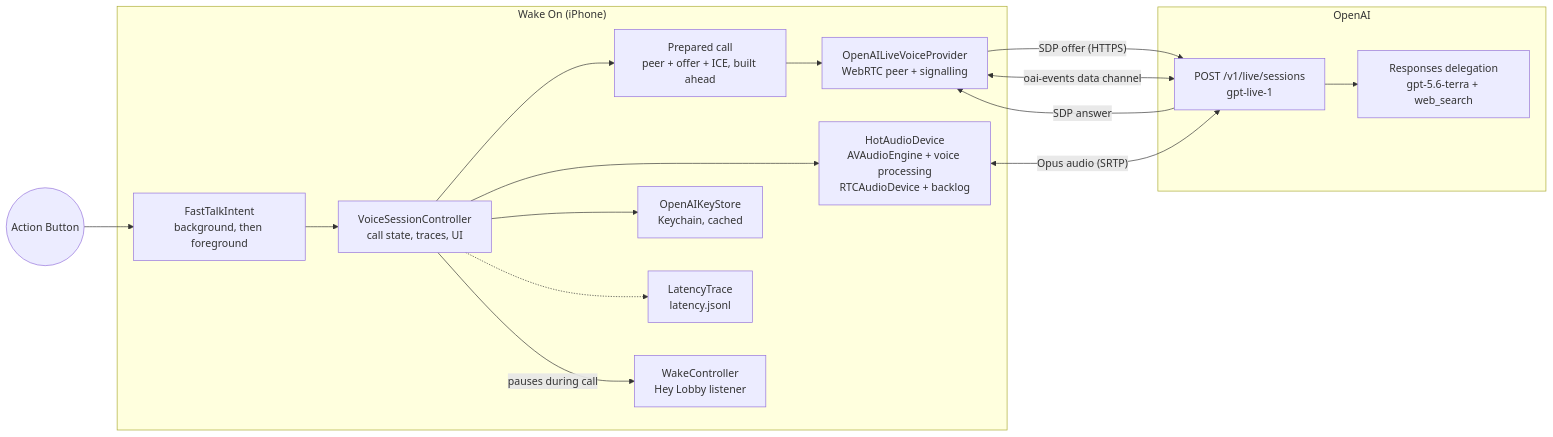
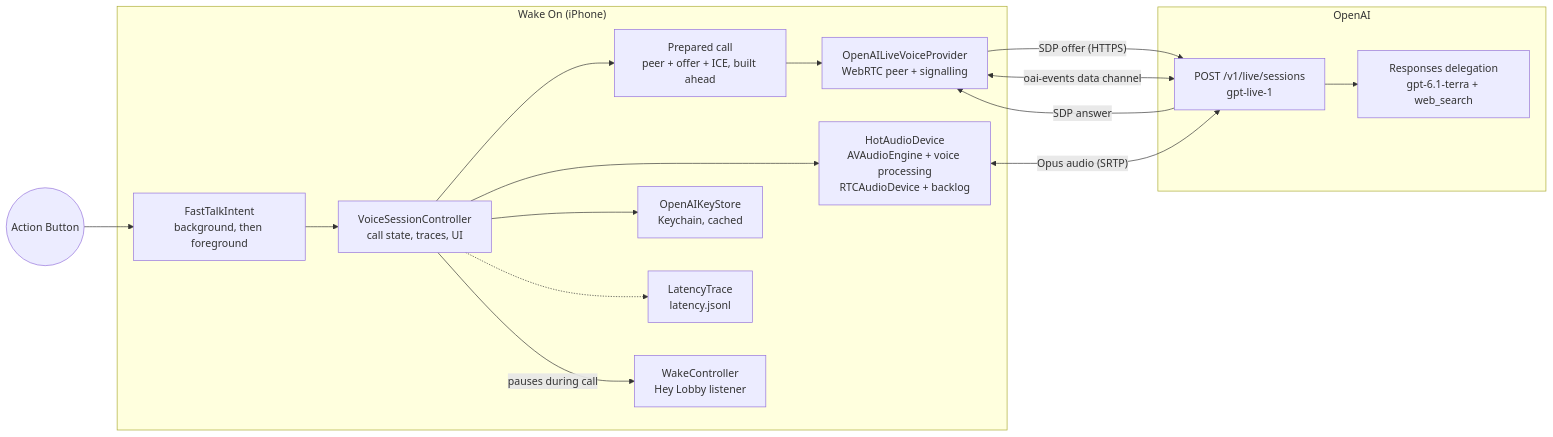
The diagram in docs/ios-voice-latency.md (kamikaz1k/wake-on), drawn with Mermaid before and after one commit. The commit also changed 6 other files, not shown here.

First line of the commit message:
Hand lookups, tools and drawings to gpt-6.1-terra

````diff
--- a/docs/ios-voice-latency.md
+++ b/docs/ios-voice-latency.md
@@ -42,29 +42,29 @@
 ```mermaid
 flowchart LR
     Button(("Action Button"))
     subgraph App["Wake On (iPhone)"]
         Intent["FastTalkIntent<br/>background, then foreground"]
         Controller["VoiceSessionController<br/>call state, traces, UI"]
         Provider["OpenAILiveVoiceProvider<br/>WebRTC peer + signalling"]
         Prepared["Prepared call<br/>peer + offer + ICE, built ahead"]
         Device["HotAudioDevice<br/>AVAudioEngine + voice processing<br/>RTCAudioDevice + backlog"]
         Keys["OpenAIKeyStore<br/>Keychain, cached"]
         Trace["LatencyTrace<br/>latency.jsonl"]
         Wake["WakeController<br/>Hey Lobby listener"]
     end
     subgraph OpenAI
         Live["POST /v1/live/sessions<br/>gpt-live-1"]
-        Backend["Responses delegation<br/>gpt-5.6-terra + web_search"]
+        Backend["Responses delegation<br/>gpt-6.1-terra + web_search"]
     end
     Button --> Intent --> Controller
     Controller --> Prepared --> Provider
     Controller --> Device
     Controller --> Keys
     Controller -.-> Trace
     Controller -->|"pauses during call"| Wake
     Provider -->|"SDP offer (HTTPS)"| Live
     Live -->|"SDP answer"| Provider
     Device <-->|"Opus audio (SRTP)"| Live
     Provider <-->|"oai-events data channel"| Live
     Live --> Backend
 ```
````
